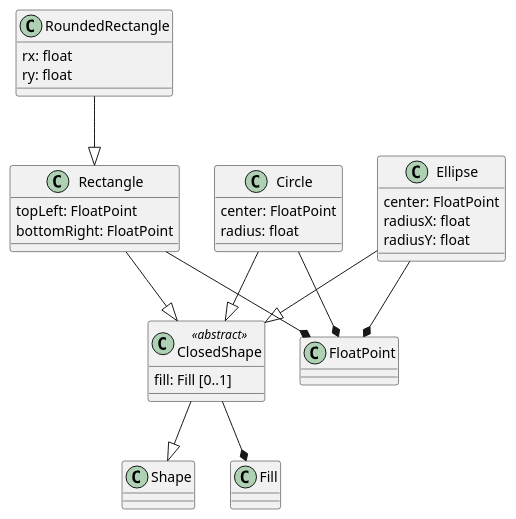
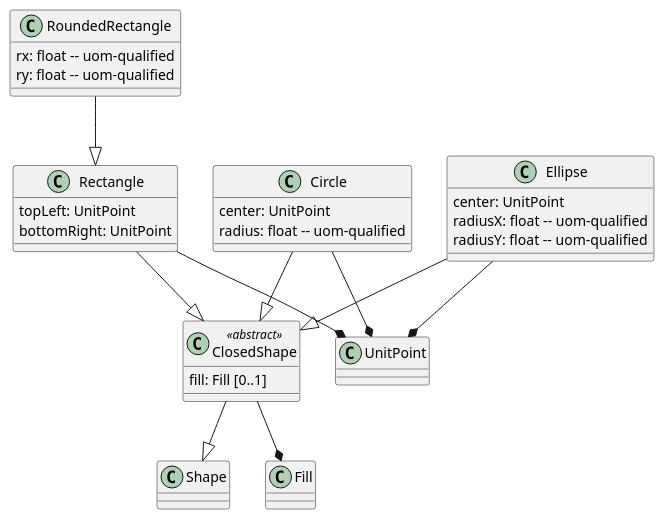
Before and after one commit to opengeospatial/styles-and-symbology: the first of 3 diagrams in core/sections/clause_11_shapes.adoc, drawn with PlantUML. The commit also changed other lines of this file and 5 other files, not shown here.

```diff
--- a/core/sections/clause_11_shapes.adoc
+++ b/core/sections/clause_11_shapes.adoc
@@ -12,27 +12,27 @@
 [plantuml, target=diagram-classes, format=png]
 ....
 class ClosedShape <<abstract>>
 ClosedShape --|> Shape
 ClosedShape : fill: Fill [0..1]
 ClosedShape --* Fill
 
 Rectangle --|> ClosedShape
-Rectangle : topLeft: FloatPoint
-Rectangle : bottomRight: FloatPoint
-Rectangle --* FloatPoint
+Rectangle : topLeft: UnitPoint
+Rectangle : bottomRight: UnitPoint
+Rectangle --* UnitPoint
 
 RoundedRectangle --|> Rectangle
-RoundedRectangle : rx: float
-RoundedRectangle : ry: float
+RoundedRectangle : rx: float -- uom-qualified
+RoundedRectangle : ry: float -- uom-qualified
 
 Circle --|> ClosedShape
-Circle : center: FloatPoint
-Circle : radius: float
-Circle --* FloatPoint
+Circle : center: UnitPoint
+Circle : radius: float -- uom-qualified
+Circle --* UnitPoint
 
 Ellipse --|> ClosedShape
-Ellipse : center: FloatPoint
-Ellipse : radiusX: float
-Ellipse : radiusY: float
-Ellipse --* FloatPoint
+Ellipse : center: UnitPoint
+Ellipse : radiusX: float -- uom-qualified
+Ellipse : radiusY: float -- uom-qualified
+Ellipse --* UnitPoint
 ....
```
